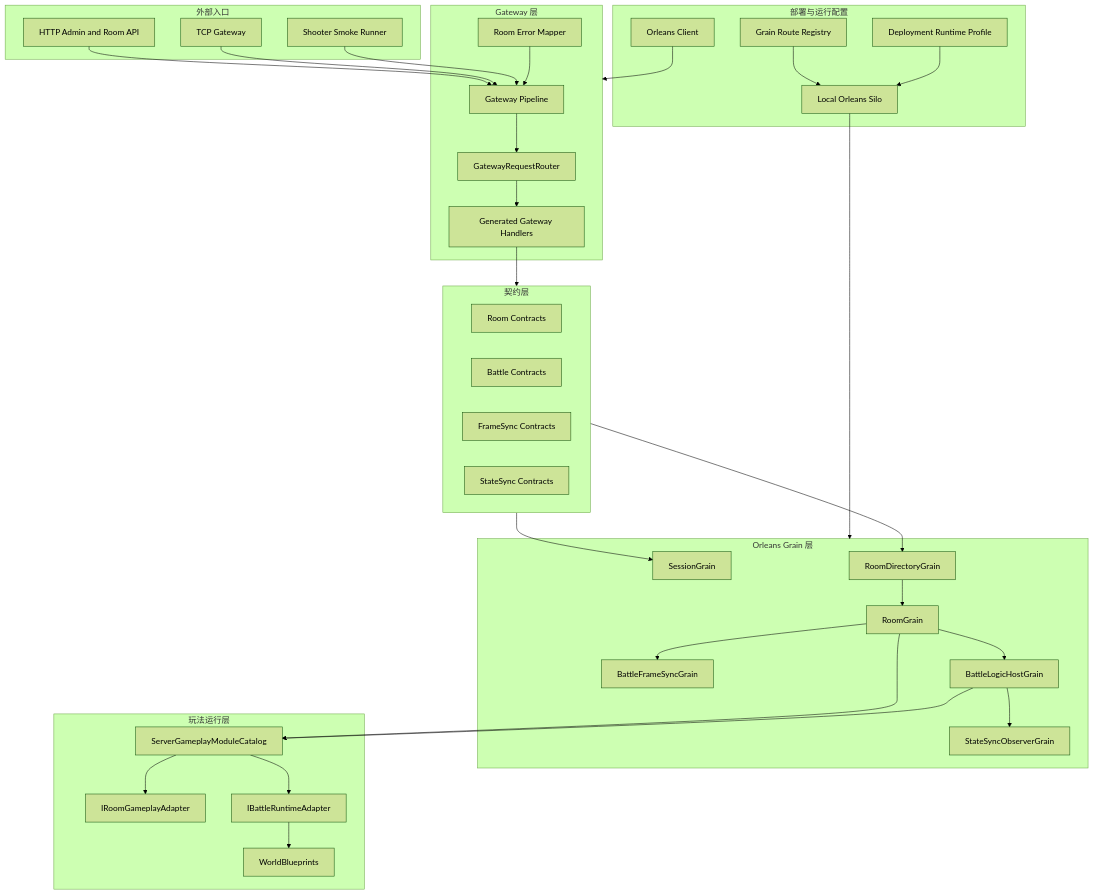
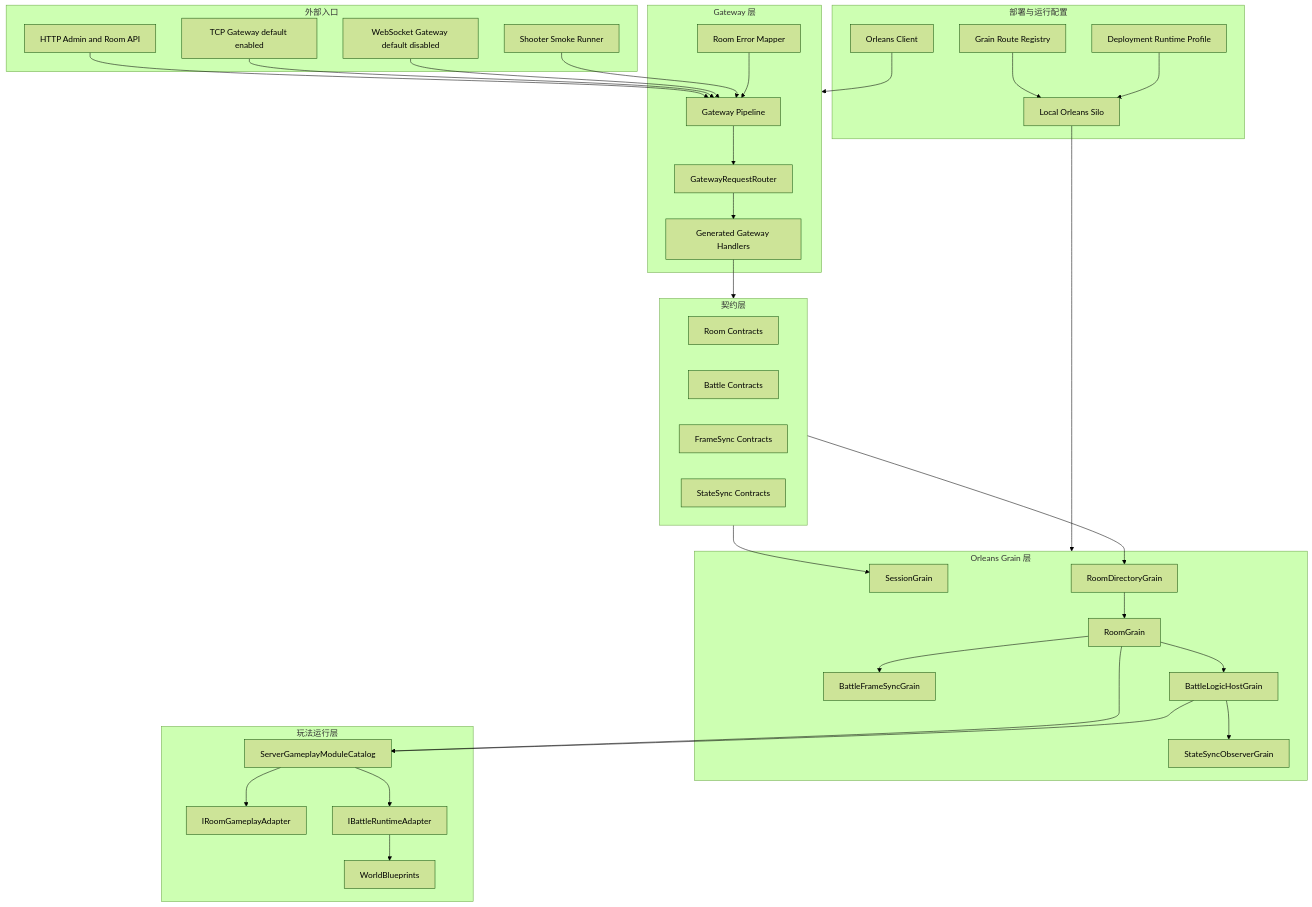
The diagram in Docs/design/12-ServerArchitecture/00-ServerCapabilityMap.md (HOBOBO/AbilityKit), drawn with Mermaid (forest theme) before and after one commit. The commit also changed other lines of this file and 537 other files, not shown here.

````diff
--- a/Docs/design/12-ServerArchitecture/00-ServerCapabilityMap.md
+++ b/Docs/design/12-ServerArchitecture/00-ServerCapabilityMap.md
@@ -37,64 +43,66 @@
 ```mermaid
 flowchart TB
     subgraph Entry[外部入口]
         Http[HTTP Admin and Room API]
-        Tcp[TCP Gateway]
+        Tcp[TCP Gateway default enabled]
+        WebSocket[WebSocket Gateway default disabled]
         Smoke[Shooter Smoke Runner]
     end
 
     subgraph Gateway[Gateway 层]
         Pipeline[Gateway Pipeline]
         Router[GatewayRequestRouter]
         Handlers[Generated Gateway Handlers]
         ErrorMap[Room Error Mapper]
     end
 
     subgraph Contracts[契约层]
         RoomContracts[Room Contracts]
         BattleContracts[Battle Contracts]
         FrameContracts[FrameSync Contracts]
         StateContracts[StateSync Contracts]
     end
 
     subgraph Grains[Orleans Grain 层]
         Session[SessionGrain]
         Directory[RoomDirectoryGrain]
         Room[RoomGrain]
         Frame[BattleFrameSyncGrain]
         Battle[BattleLogicHostGrain]
         Observer[StateSyncObserverGrain]
     end
 
     subgraph Gameplay[玩法运行层]
         Catalog[ServerGameplayModuleCatalog]
         RoomAdapter[IRoomGameplayAdapter]
         RuntimeAdapter[IBattleRuntimeAdapter]
         Blueprints[WorldBlueprints]
     end
 
     subgraph Hosting[部署与运行配置]
         Silo[Local Orleans Silo]
         Client[Orleans Client]
         Route[Grain Route Registry]
         Profile[Deployment Runtime Profile]
     end
 
     Http --> Pipeline
     Tcp --> Pipeline
+    WebSocket --> Pipeline
     Smoke --> Pipeline
     Pipeline --> Router --> Handlers
     Handlers --> Contracts
     Contracts --> Session
     Contracts --> Directory
     Directory --> Room
     Room --> Frame
     Room --> Battle
     Battle --> Observer
     Room --> Catalog --> RoomAdapter
     Battle --> Catalog --> RuntimeAdapter --> Blueprints
     Silo --> Grains
     Client --> Gateway
     Route --> Silo
     Profile --> Silo
     ErrorMap --> Pipeline
 ```
````
